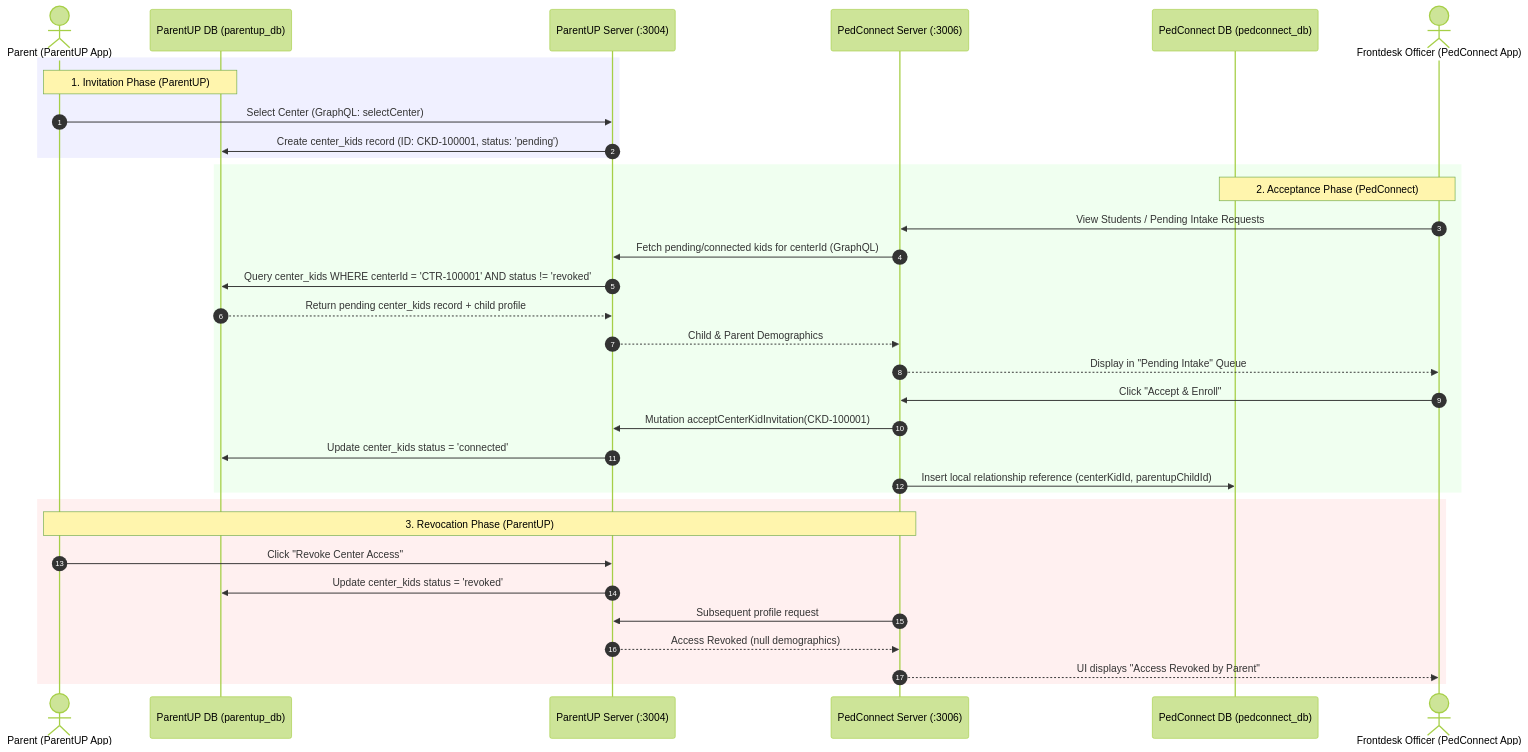
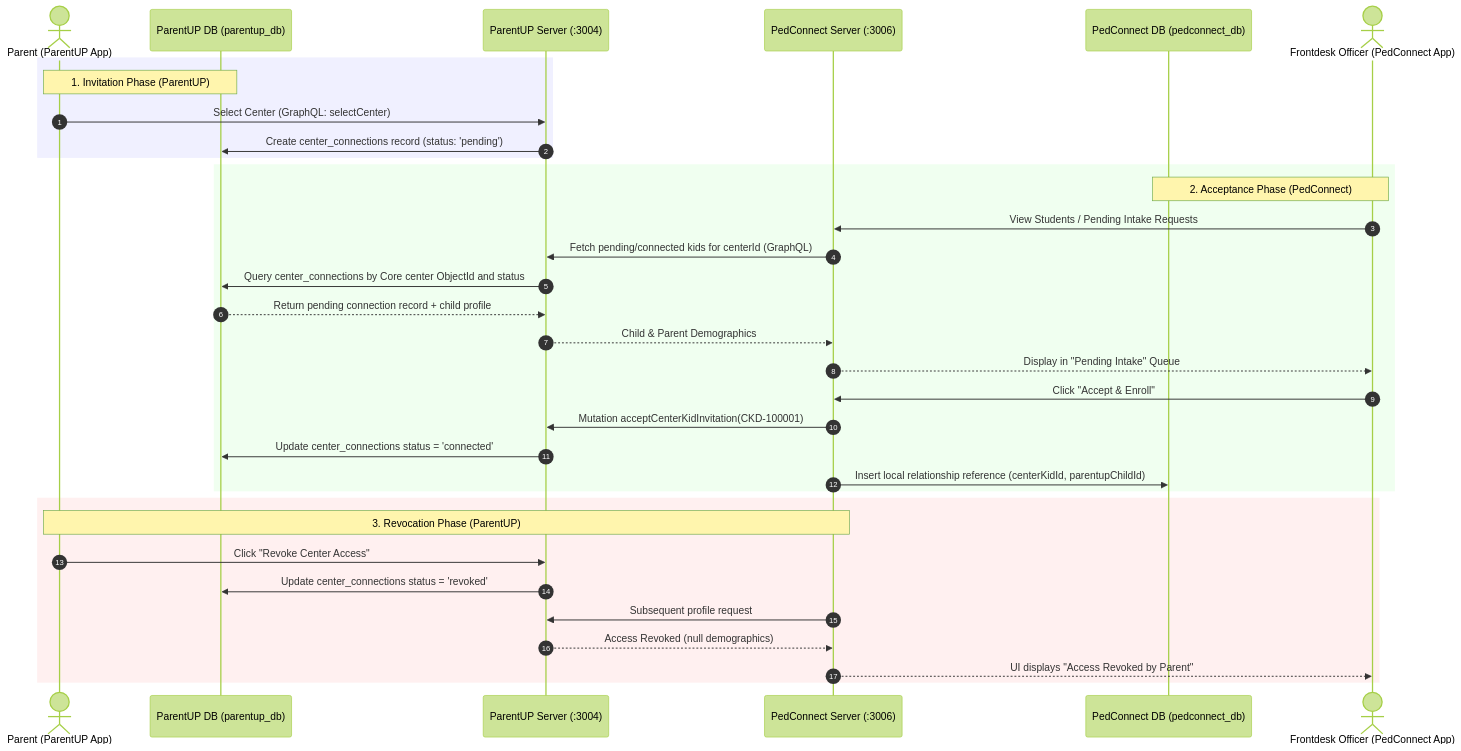
Before and after one commit to anakloud/core: the diagram in apps/core-docs/src/content/docs/guides/PARENTUP_PEDCONNECT_INTEGRATION.md, drawn with Mermaid (forest theme). The commit also changed other lines of this file and 4 other files, not shown here.

Commit message:
feat: add core center registry

````diff
--- a/apps/core-docs/src/content/docs/guides/PARENTUP_PEDCONNECT_INTEGRATION.md
+++ b/apps/core-docs/src/content/docs/guides/PARENTUP_PEDCONNECT_INTEGRATION.md
@@ -16,42 +16,42 @@
 ```mermaid
 sequenceDiagram
     autonumber
     actor Parent as Parent (ParentUP App)
     participant PU_DB as ParentUP DB (parentup_db)
     participant PU_SVR as ParentUP Server (:3004)
     participant PC_SVR as PedConnect Server (:3006)
     participant PC_DB as PedConnect DB (pedconnect_db)
     actor Officer as Frontdesk Officer (PedConnect App)
 
     %% Step 1: Parent Invites Center
     rect rgb(240, 240, 255)
     Note over Parent, PU_DB: 1. Invitation Phase (ParentUP)
     Parent->>PU_SVR: Select Center (GraphQL: selectCenter)
-    PU_SVR->>PU_DB: Create center_kids record (ID: CKD-100001, status: 'pending')
+    PU_SVR->>PU_DB: Create center_connections record (status: 'pending')
     end
 
     %% Step 2: Center Inspects & Accepts Invitation
     rect rgb(240, 255, 240)
     Note over Officer, PC_DB: 2. Acceptance Phase (PedConnect)
     Officer->>PC_SVR: View Students / Pending Intake Requests
     PC_SVR->>PU_SVR: Fetch pending/connected kids for centerId (GraphQL)
-    PU_SVR->>PU_DB: Query center_kids WHERE centerId = 'CTR-100001' AND status != 'revoked'
-    PU_DB-->>PU_SVR: Return pending center_kids record + child profile
+    PU_SVR->>PU_DB: Query center_connections by Core center ObjectId and status
+    PU_DB-->>PU_SVR: Return pending connection record + child profile
     PU_SVR-->>PC_SVR: Child & Parent Demographics
     PC_SVR-->>Officer: Display in "Pending Intake" Queue
     Officer->>PC_SVR: Click "Accept & Enroll"
     PC_SVR->>PU_SVR: Mutation acceptCenterKidInvitation(CKD-100001)
-    PU_SVR->>PU_DB: Update center_kids status = 'connected'
+    PU_SVR->>PU_DB: Update center_connections status = 'connected'
     PC_SVR->>PC_DB: Insert local relationship reference (centerKidId, parentupChildId)
     end
 
     %% Step 3: Parent Revocation (If triggered)
     rect rgb(255, 240, 240)
     Note over Parent, PC_SVR: 3. Revocation Phase (ParentUP)
     Parent->>PU_SVR: Click "Revoke Center Access"
-    PU_SVR->>PU_DB: Update center_kids status = 'revoked'
+    PU_SVR->>PU_DB: Update center_connections status = 'revoked'
     PC_SVR->>PU_SVR: Subsequent profile request
     PU_SVR-->>PC_SVR: Access Revoked (null demographics)
     PC_SVR-->>Officer: UI displays "Access Revoked by Parent"
     end
 ```
````
